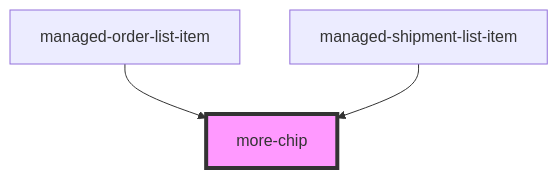
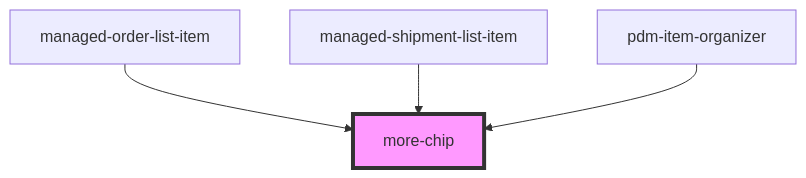
Before and after one commit to PharmaLedger-IMI/fgt-workspace: the diagram in pdm-web-components/src/components/more-chip/readme.md, drawn with Mermaid. The commit also changed other lines of this file and 13 other files, not shown here.

````diff
--- a/pdm-web-components/src/components/more-chip/readme.md
+++ b/pdm-web-components/src/components/more-chip/readme.md
@@ -34,6 +32,7 @@
 ```mermaid
 graph TD;
   managed-order-list-item --> more-chip
   managed-shipment-list-item --> more-chip
+  pdm-item-organizer --> more-chip
   style more-chip fill:#f9f,stroke:#333,stroke-width:4px
 ```
````
